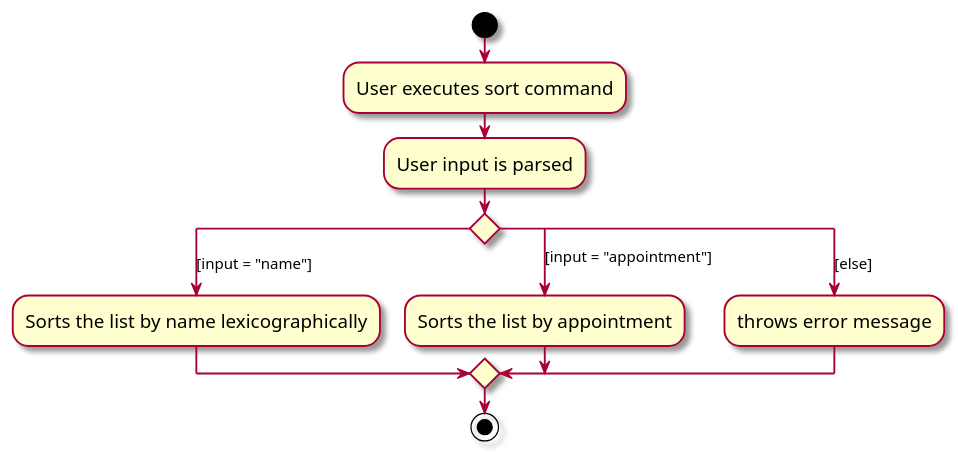
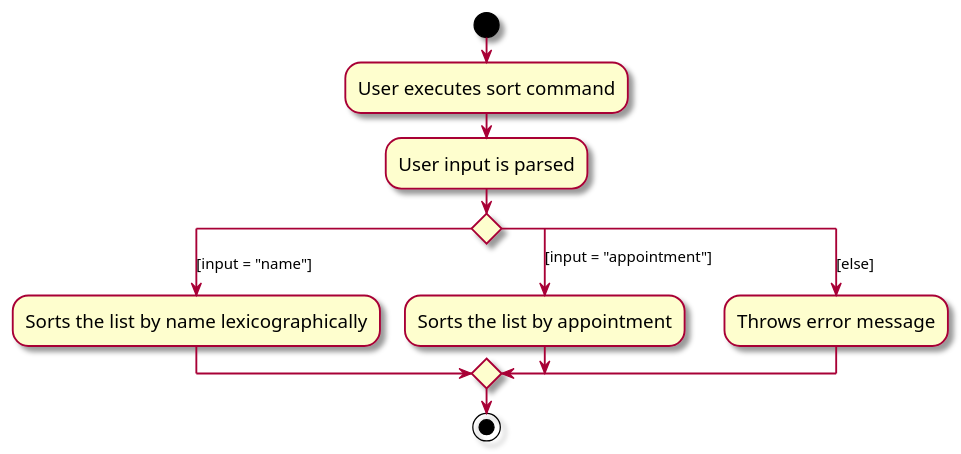
The diagram in docs/diagrams/SortActivityDiagram.puml (nus-cs2103-AY2324S1/tp), drawn with PlantUML before and after one commit. The commit also changed 10 other files, not shown here.

```diff
--- a/docs/diagrams/SortActivityDiagram.puml
+++ b/docs/diagrams/SortActivityDiagram.puml
@@ -1,22 +1,22 @@
 @startuml
 skin rose
 skinparam ActivityFontSize 15
 skinparam ArrowFontSize 12
 start
 :User executes sort command;
 
 :User input is parsed;
 
 'Since the beta syntax does not support placing the condition outside the
 'diamond we place it as the true branch instead.
 
 switch ()
 case([input = "name"])
     :Sorts the list by name lexicographically;
 case([input = "appointment"])
     :Sorts the list by appointment;
 case([else])
-    :throws error message;
+    :Throws error message;
 endswitch
 stop
 @enduml
```
